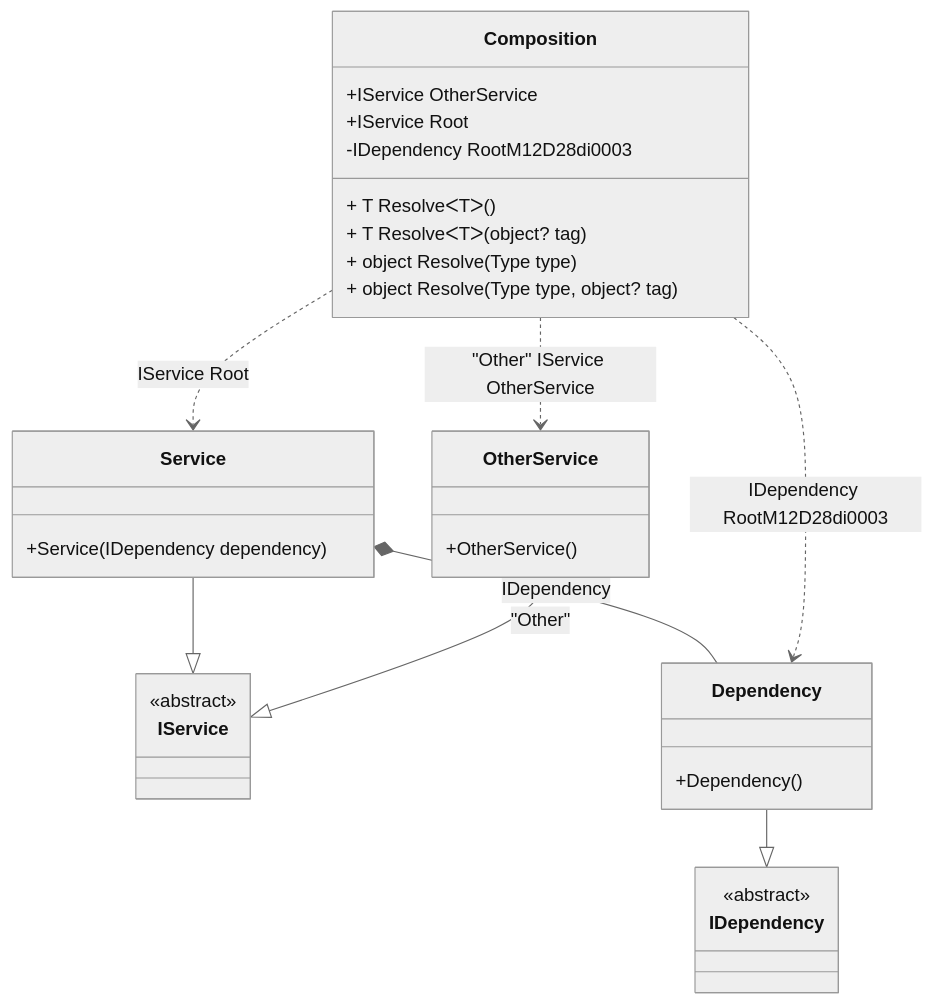
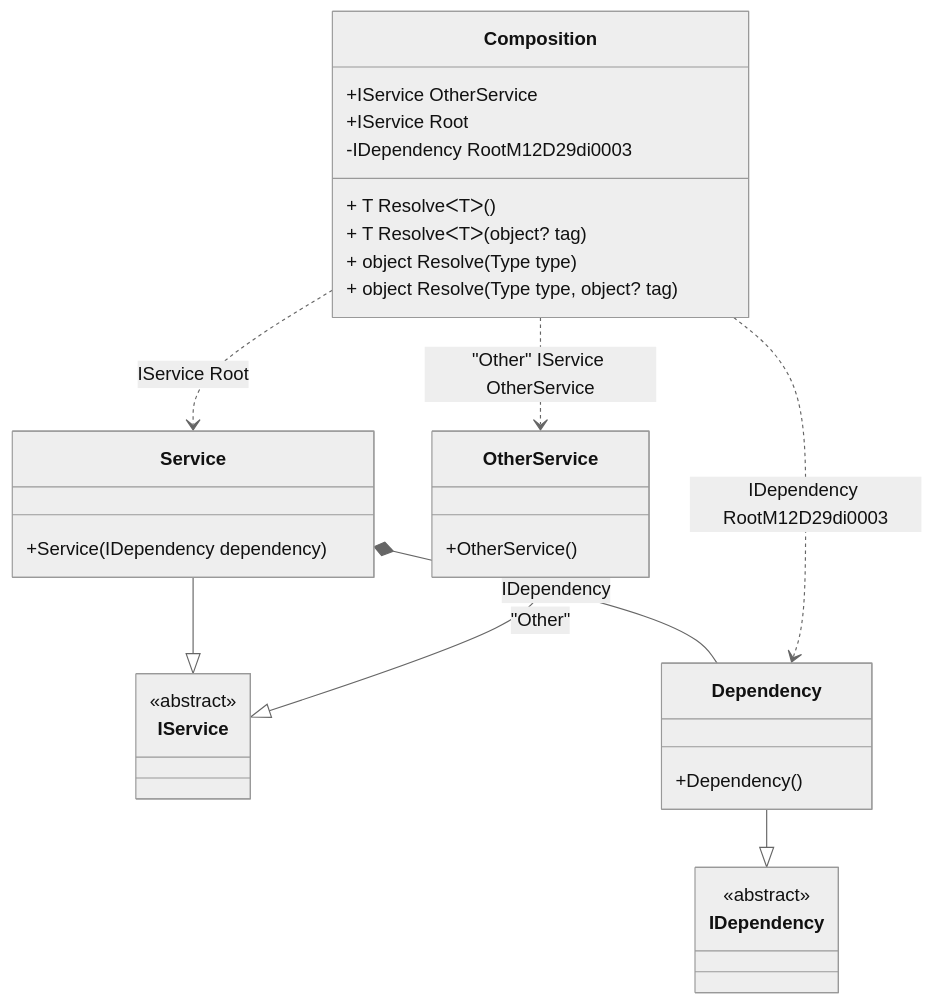
The diagram in readme/composition-roots.md (DevTeam/Pure.DI), drawn with Mermaid (neutral theme) before and after one commit. The commit also changed other lines of this file and 59 other files, not shown here.

````diff
--- a/readme/composition-roots.md
+++ b/readme/composition-roots.md
@@ -43,34 +43,34 @@
 ```mermaid
 classDiagram
   class Composition {
     +IService OtherService
     +IService Root
-    -IDependency RootM12D28di0003
+    -IDependency RootM12D29di0003
     + T ResolveᐸTᐳ()
     + T ResolveᐸTᐳ(object? tag)
     + object Resolve(Type type)
     + object Resolve(Type type, object? tag)
   }
   Service --|> IService : 
   class Service {
     +Service(IDependency dependency)
   }
   OtherService --|> IService : "Other" 
   class OtherService {
     +OtherService()
   }
   Dependency --|> IDependency : 
   class Dependency {
     +Dependency()
   }
   class IService {
     <<abstract>>
   }
   class IDependency {
     <<abstract>>
   }
   Service *--  Dependency : IDependency
   Composition ..> Service : IService Root
   Composition ..> OtherService : "Other" IService OtherService
-  Composition ..> Dependency : IDependency RootM12D28di0003
+  Composition ..> Dependency : IDependency RootM12D29di0003
 ```
````
